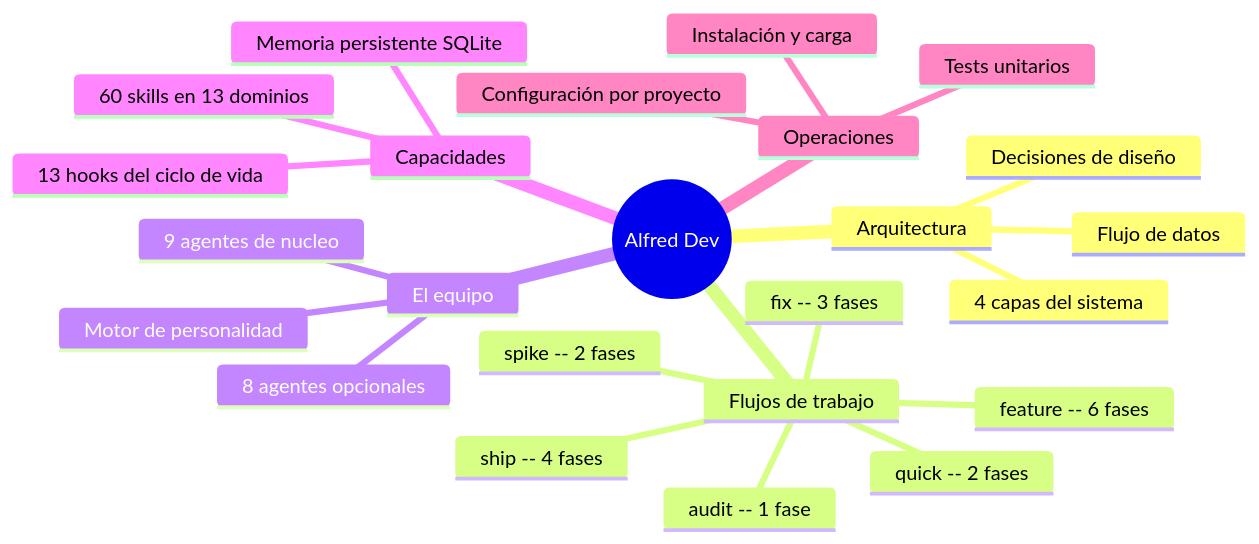
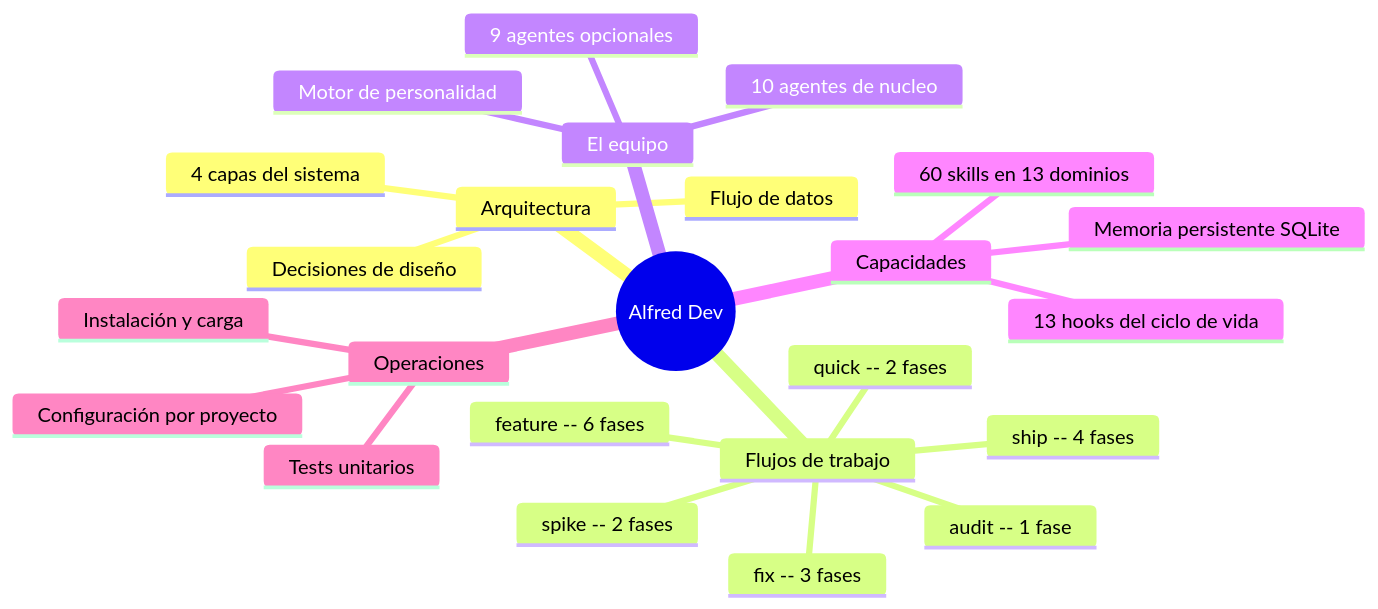
Before and after one commit to 686f6c61/alfred-dev: the diagram in docs/README.md, drawn with Mermaid. The commit also changed other lines of this file and 19 other files, not shown here.

````diff
--- a/docs/README.md
+++ b/docs/README.md
@@ -13,27 +13,27 @@
 ```mermaid
 mindmap
   root((Alfred Dev))
     Arquitectura
       4 capas del sistema
       Decisiones de diseño
       Flujo de datos
     Flujos de trabajo
       feature -- 6 fases
       fix -- 3 fases
       spike -- 2 fases
       ship -- 4 fases
       audit -- 1 fase
       quick -- 2 fases
     El equipo
-      9 agentes de nucleo
-      8 agentes opcionales
+      10 agentes de nucleo
+      9 agentes opcionales
       Motor de personalidad
     Capacidades
       60 skills en 13 dominios
       13 hooks del ciclo de vida
       Memoria persistente SQLite
     Operaciones
       Instalación y carga
       Configuración por proyecto
       Tests unitarios
 ```
````
